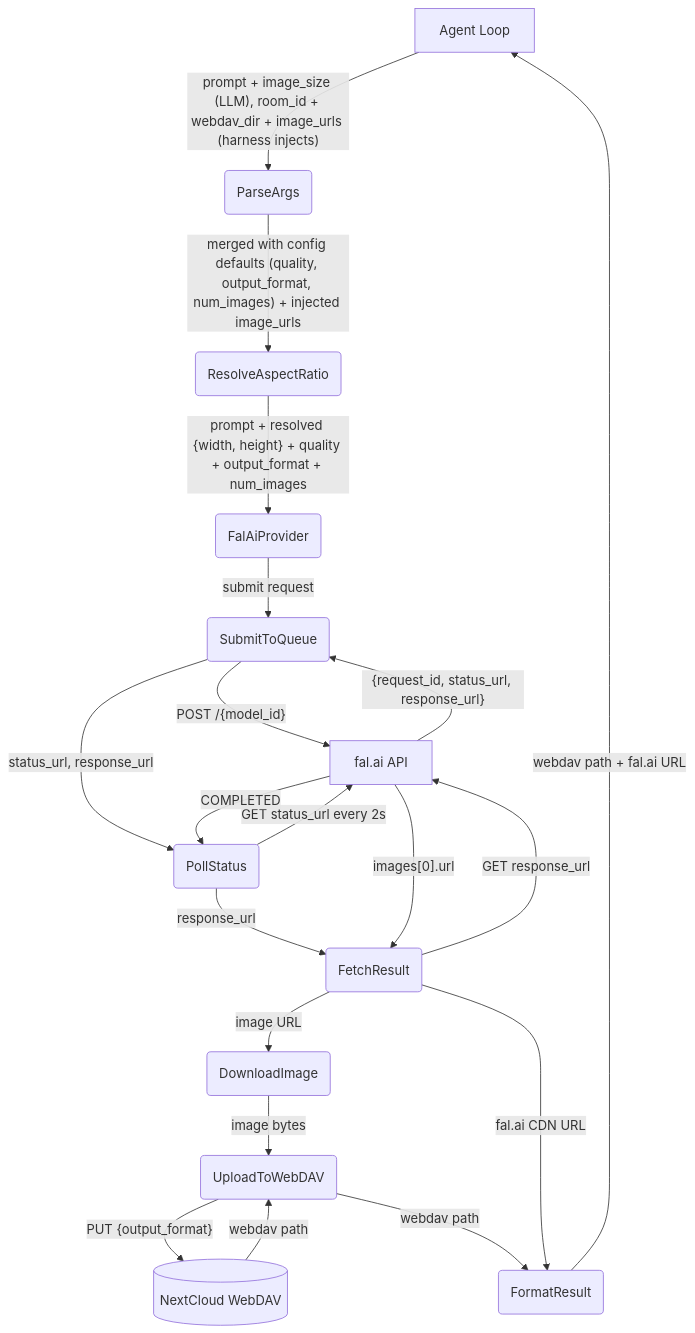
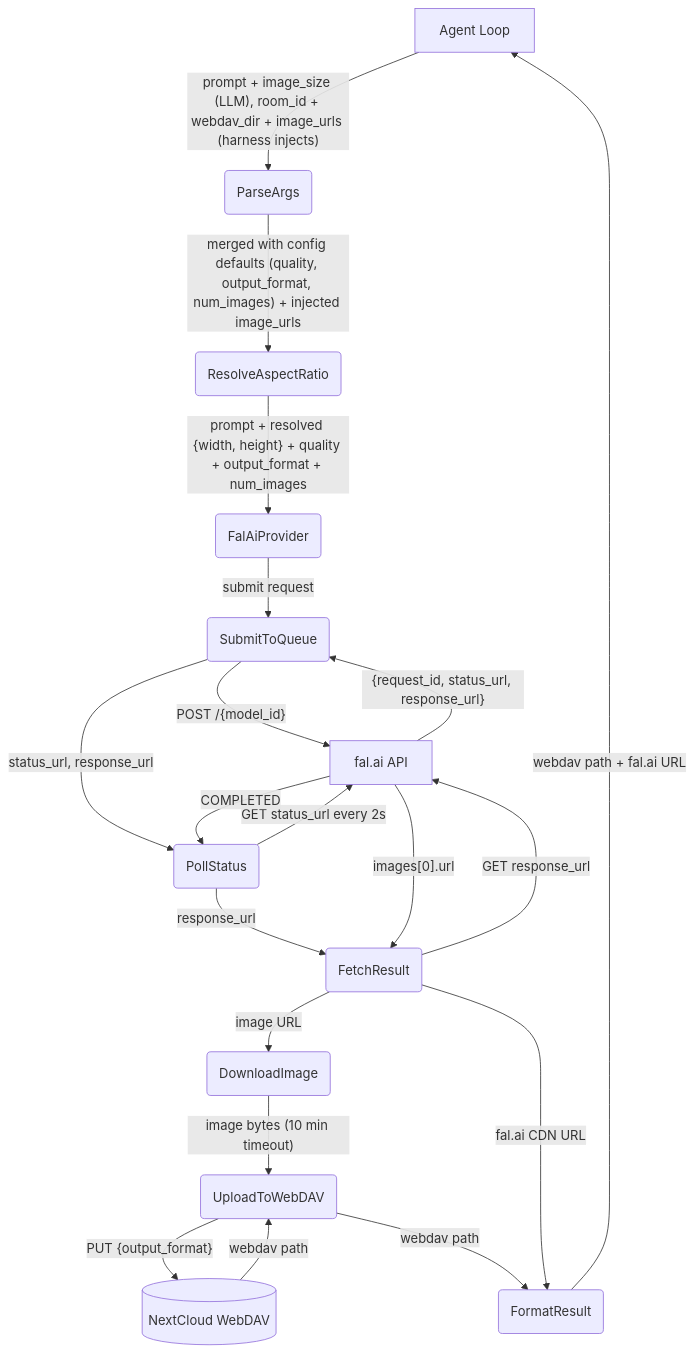
The first of 4 diagrams in _dfds/tools/image-gen.md (cosmoswafer/rockbot), drawn with Mermaid before and after one commit. The commit also changed other lines of this file and 4 other files, not shown here.

````diff
--- a/_dfds/tools/image-gen.md
+++ b/_dfds/tools/image-gen.md
@@ -26,35 +26,35 @@
 ```mermaid
 flowchart TD
     AGENT[Agent Loop]
     PARSE(ParseArgs)
     RESOLVE(ResolveAspectRatio)
     FAL(FalAiProvider)
     SUBMIT(SubmitToQueue)
     POLL(PollStatus)
     FETCH(FetchResult)
     DOWNLOAD(DownloadImage)
     UPLOAD(UploadToWebDAV)
     DAV[(NextCloud WebDAV)]
     FORMAT(FormatResult)
     FAL_API[fal.ai API]
 
     AGENT -->|"prompt + image_size (LLM), room_id + webdav_dir + image_urls (harness injects)"| PARSE
     PARSE -->|"merged with config defaults (quality, output_format, num_images) + injected image_urls"| RESOLVE
     RESOLVE -->|"prompt + resolved {width, height} + quality + output_format + num_images"| FAL
     FAL -->|"submit request"| SUBMIT
     SUBMIT -->|"POST /{model_id}"| FAL_API
     FAL_API -->|"{request_id, status_url, response_url}"| SUBMIT
     SUBMIT -->|"status_url, response_url"| POLL
     POLL -->|"GET status_url every 2s"| FAL_API
     FAL_API -->|"COMPLETED"| POLL
     POLL -->|"response_url"| FETCH
     FETCH -->|"GET response_url"| FAL_API
     FAL_API -->|"images[0].url"| FETCH
     FETCH -->|"image URL"| DOWNLOAD
-    DOWNLOAD -->|"image bytes"| UPLOAD
+    DOWNLOAD -->|"image bytes (10 min timeout)"| UPLOAD
     UPLOAD -->|"PUT {output_format}"| DAV
     DAV -->|"webdav path"| UPLOAD
     UPLOAD -->|"webdav path"| FORMAT
     FETCH -->|"fal.ai CDN URL"| FORMAT
     FORMAT -->|"webdav path + fal.ai URL"| AGENT
 ```
````
